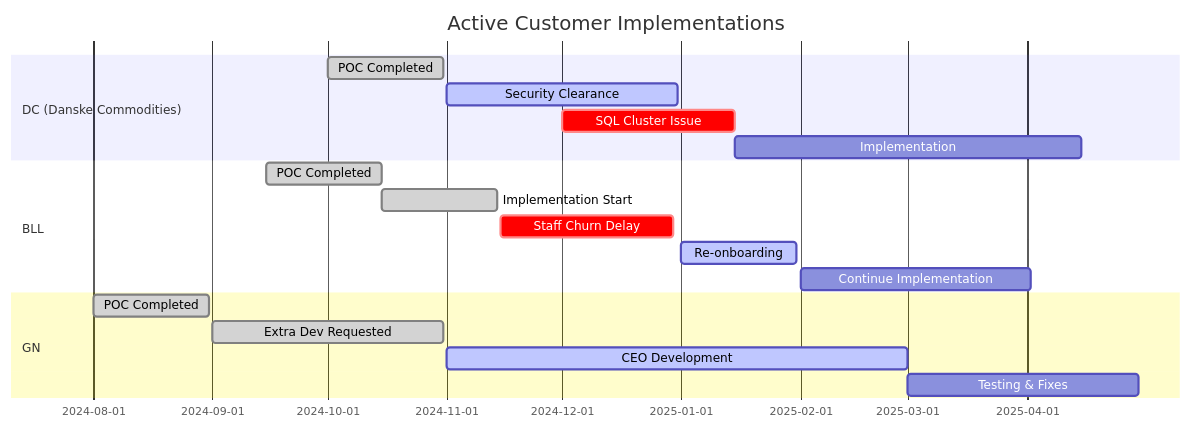
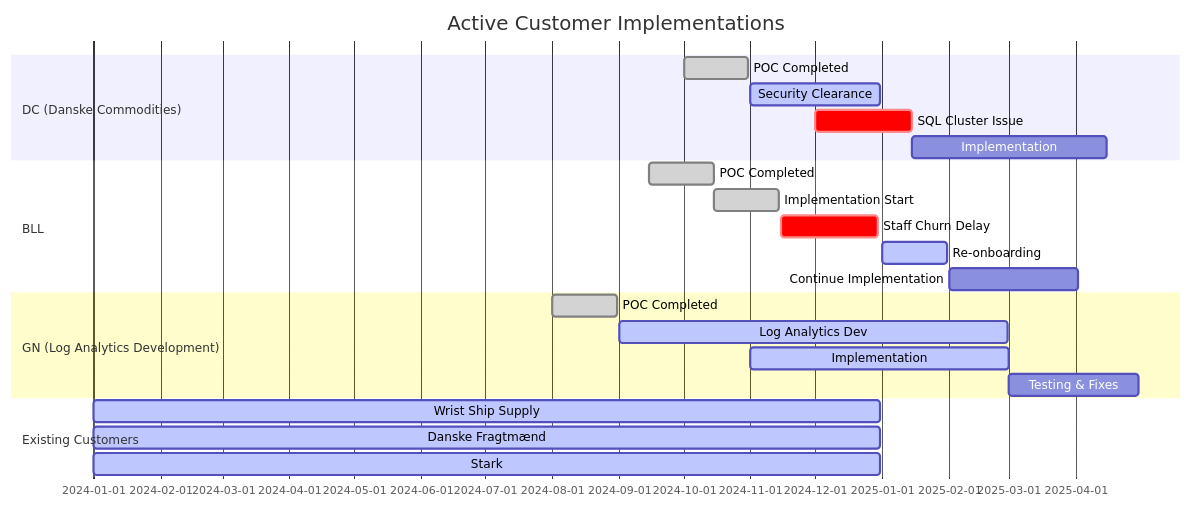
One commit to MortenSlotVinther/OmniTranscripts changed the third of 6 diagrams in processes/lead-to-cash/implementation-bottleneck-analysis.md. Above: the diagram before and after it, drawn with Mermaid. The commit also changed other lines of this file, not shown here.

First line of the commit message:
Update lead-to-cash implementation bottleneck analysis

````diff
--- a/processes/lead-to-cash/implementation-bottleneck-analysis.md
+++ b/processes/lead-to-cash/implementation-bottleneck-analysis.md
@@ -139,23 +148,28 @@
 ```mermaid
 gantt
     title Active Customer Implementations
     dateFormat YYYY-MM-DD
     section DC (Danske Commodities)
     POC Completed           :done, dc1, 2024-10-01, 30d
     Security Clearance      :active, dc2, 2024-11-01, 60d
     SQL Cluster Issue       :crit, dc3, 2024-12-01, 45d
     Implementation          :dc4, 2025-01-15, 90d
     
     section BLL
     POC Completed          :done, bll1, 2024-09-15, 30d
     Implementation Start   :done, bll2, 2024-10-15, 30d
     Staff Churn Delay      :crit, bll3, 2024-11-15, 45d
     Re-onboarding         :active, bll4, 2025-01-01, 30d
     Continue Implementation:bll5, 2025-02-01, 60d
     
-    section GN
+    section GN (Log Analytics Development)
     POC Completed         :done, gn1, 2024-08-01, 30d
-    Extra Dev Requested   :done, gn2, 2024-09-01, 60d
-    CEO Development      :active, gn3, 2024-11-01, 120d
+    Log Analytics Dev     :active, gn2, 2024-09-01, 180d
+    Implementation        :active, gn3, 2024-11-01, 120d
     Testing & Fixes      :gn4, 2025-03-01, 60d
+    
+    section Existing Customers
+    Wrist Ship Supply     :active, ws1, 2024-01-01, 365d
+    Danske Fragtmænd      :active, df1, 2024-01-01, 365d
+    Stark                 :active, st1, 2024-01-01, 365d
 ```
````
